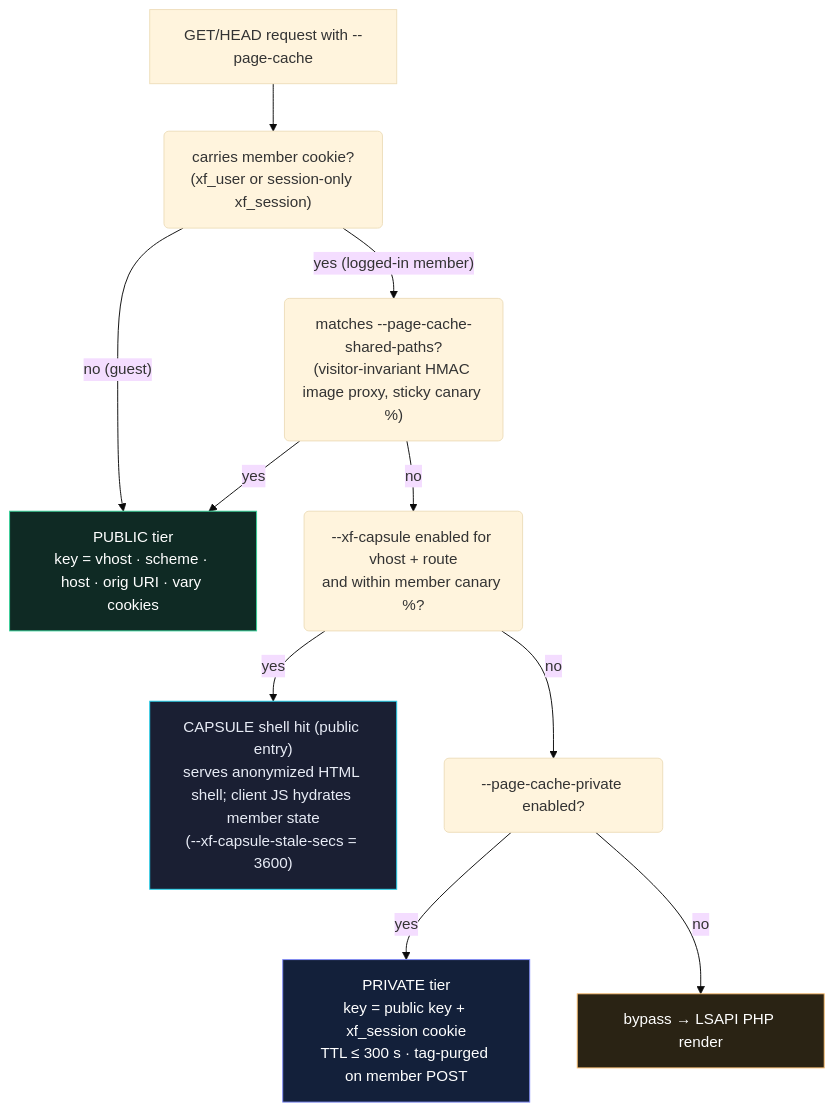
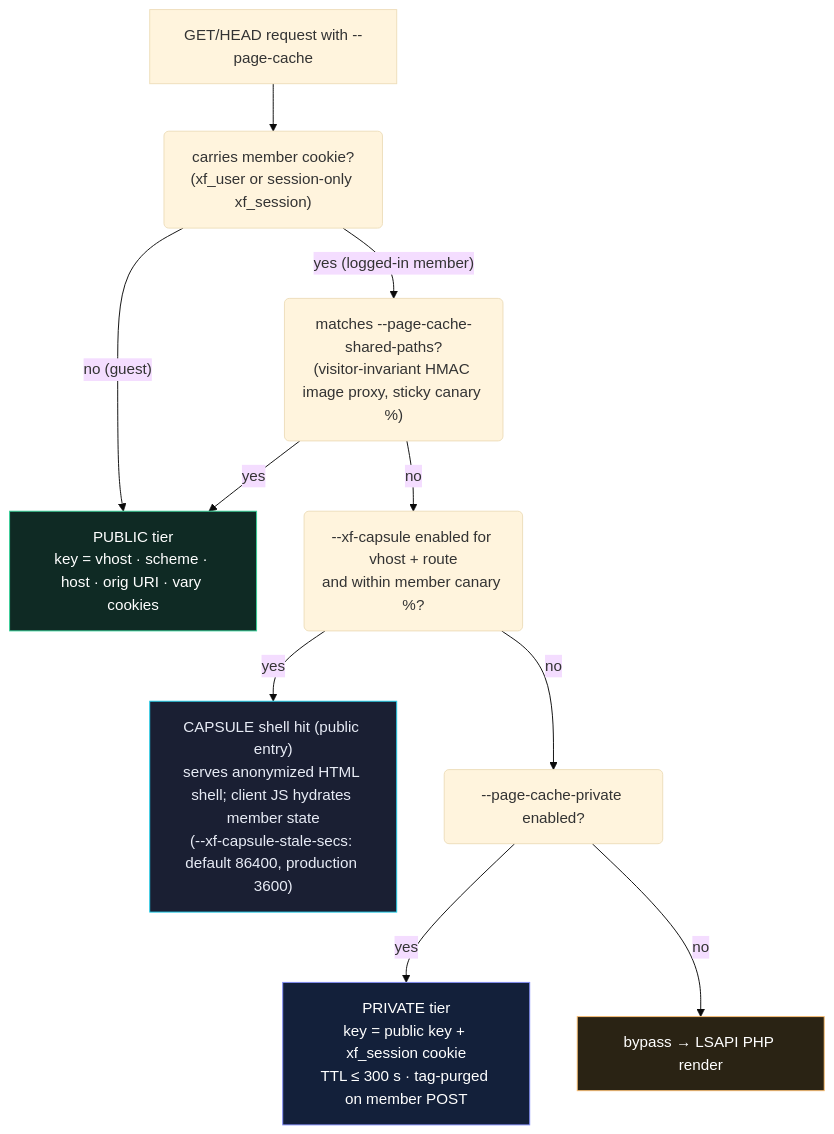
Before and after one commit to faratech/httpjet-site: the diagram in docs-src/diagrams/xf-capsule.mmd, drawn with Mermaid (base theme). The commit also changed 129 other files, not shown here.

```diff
--- a/docs-src/diagrams/xf-capsule.mmd
+++ b/docs-src/diagrams/xf-capsule.mmd
@@ -1,14 +1,14 @@
 flowchart TB
   classDef pub fill:#0f2a24,stroke:#34d399,color:#fff
   classDef priv fill:#13203a,stroke:#818cf8,color:#fff
   classDef cap fill:#1a1f33,stroke:#22d3ee,color:#e8ecf6
   classDef byp fill:#2a2314,stroke:#fbbf73,color:#fff
   A["GET/HEAD request with --page-cache"] --> B("carries member cookie?<br/>(xf_user or session-only xf_session)")
   B -- "no (guest)" --> PUB["PUBLIC tier<br/>key = vhost · scheme · host · orig URI · vary cookies"]:::pub
   B -- "yes (logged-in member)" --> S("matches --page-cache-shared-paths?<br/>(visitor-invariant HMAC image proxy, sticky canary %)")
   S -- "yes" --> PUB
   S -- "no" --> C("--xf-capsule enabled for vhost + route<br/>and within member canary %?")
-  C -- "yes" --> CAP["CAPSULE shell hit (public entry)<br/>serves anonymized HTML shell; client JS hydrates member state<br/>(--xf-capsule-stale-secs = 3600)"]:::cap
+  C -- "yes" --> CAP["CAPSULE shell hit (public entry)<br/>serves anonymized HTML shell; client JS hydrates member state<br/>(--xf-capsule-stale-secs: default 86400, production 3600)"]:::cap
   C -- "no" --> P("--page-cache-private enabled?")
   P -- "yes" --> PRIV["PRIVATE tier<br/>key = public key + xf_session cookie<br/>TTL ≤ 300 s · tag-purged on member POST"]:::priv
   P -- "no" --> BYP["bypass → LSAPI PHP render"]:::byp
```
